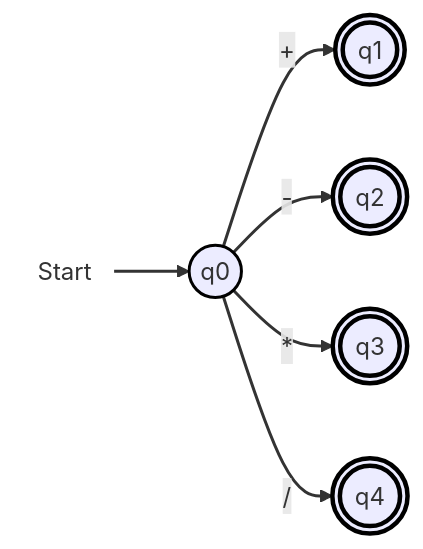
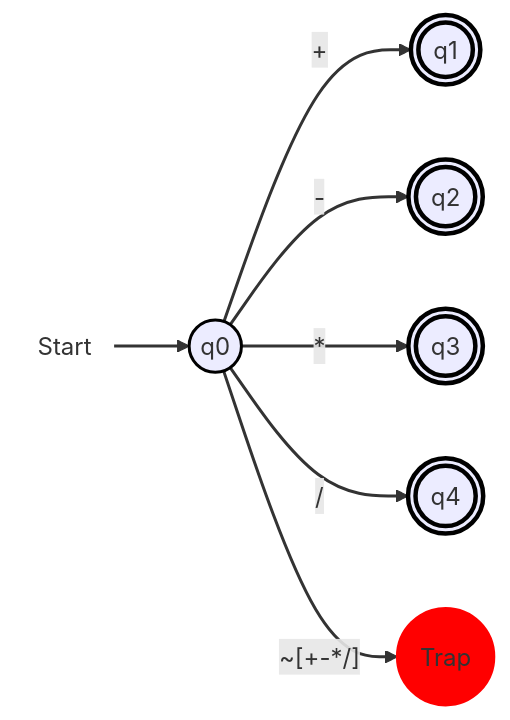
Before and after one commit to CS-Tiny-Compiler/a-tiny-compiler: the fifth of 9 diagrams in docs/DFA.md, drawn with Mermaid. The commit also changed other lines of this file, not shown here.

Commit message:
added trap state in assignment and arithmetic operators DFA

````diff
--- a/docs/DFA.md
+++ b/docs/DFA.md
@@ -188,15 +188,17 @@
 ```mermaid
 flowchart LR
   start(((Start))):::startNode --> q0(("q0")):::normal
   q0 --> |#43;| q1((("q1"))):::finalState
   q0 --> |#45;| q2((("q2"))):::finalState
   q0 --> |#42;| q3((("q3"))):::finalState
   q0 --> |#47;| q4((("q4"))):::finalState
+  q0 --> |"~[#43;#45;#42;#47;]"| trap((("Trap"))):::trap
 
   classDef startNode fill:none,stroke:none;
   classDef normal stroke:#000,stroke-width:2px;
   classDef finalState stroke:#000,stroke-width:3px;
+  classDef trap fill:#f00,stroke:#f00,stroke-width:2px;
 
   linkStyle 0 stroke-width:2px;
-  linkStyle 1,2,3,4 stroke:#333,stroke-width:2px,fill:none;
+  linkStyle 1,2,3,4,5 stroke:#333,stroke-width:2px,fill:none;
 ```
````
